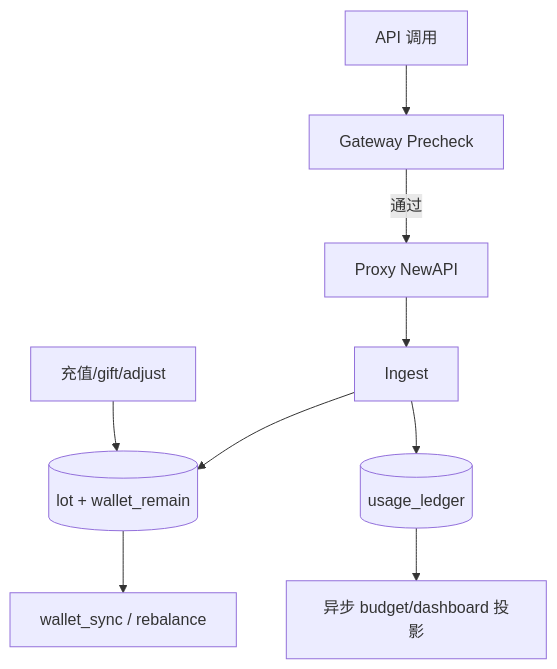
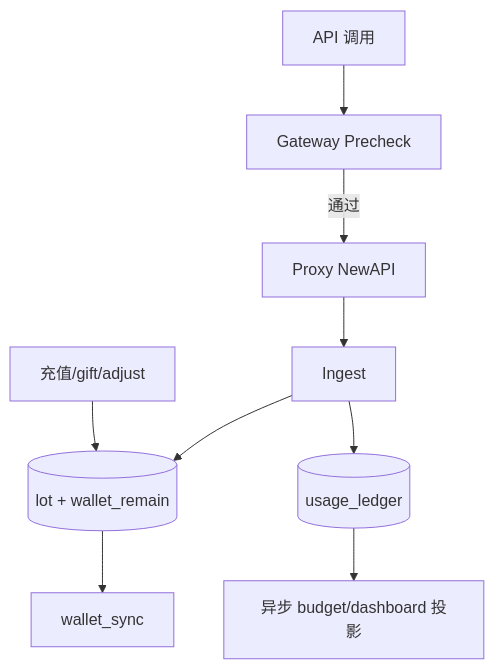
One commit to quyip8818/mytokenjoy changed the third of 6 diagrams in docs/Backend-计费模式.md. Above: the diagram before and after it, drawn with Mermaid. The commit also changed other lines of this file and 30 other files, not shown here.

````diff
--- a/docs/Backend-计费模式.md
+++ b/docs/Backend-计费模式.md
@@ -149,11 +149,11 @@
 ```mermaid
 flowchart TB
   Credit[充值/gift/adjust] --> LOT[(lot + wallet_remain)]
   Call[API 调用] --> GW[Gateway Precheck]
   GW -->|通过| Proxy[Proxy NewAPI]
   Proxy --> ING[Ingest]
   ING --> LOT
   ING --> LED[(usage_ledger)]
   LED --> Proj[异步 budget/dashboard 投影]
-  LOT --> Sync[wallet_sync / rebalance]
+  LOT --> Sync[wallet_sync]
 ```
````
